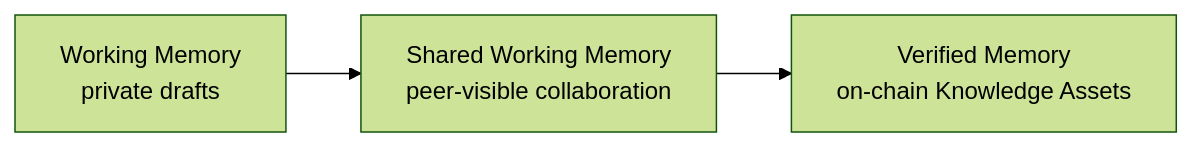
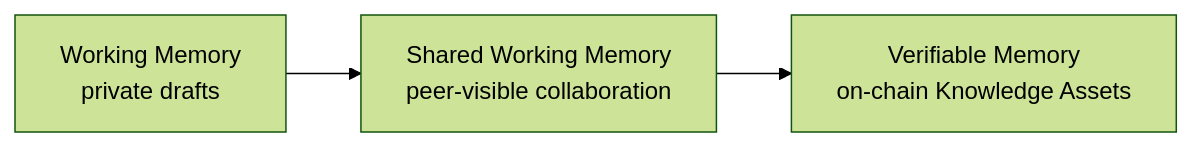
Before and after one commit to OriginTrail/dkg: the diagram in docs/how-dkg-works/key-concepts.md, drawn with Mermaid (forest theme). The commit also changed other lines of this file and 31 other files, not shown here.

````diff
--- a/docs/how-dkg-works/key-concepts.md
+++ b/docs/how-dkg-works/key-concepts.md
@@ -14,5 +14,5 @@
 ```mermaid
 flowchart LR
   WM["Working Memory<br/>private drafts"] --> SWM["Shared Working Memory<br/>peer-visible collaboration"]
-  SWM --> VM["Verified Memory<br/>on-chain Knowledge Assets"]
+  SWM --> VM["Verifiable Memory<br/>on-chain Knowledge Assets"]
 ```
````
